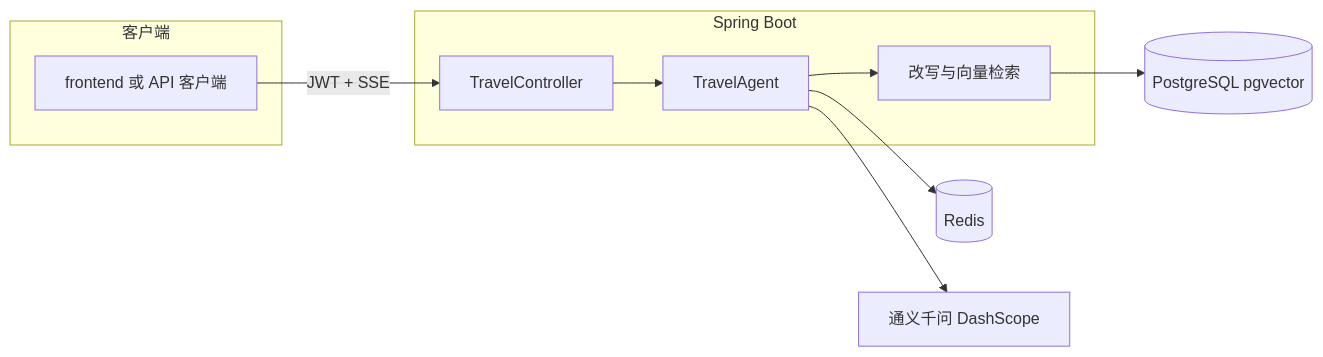
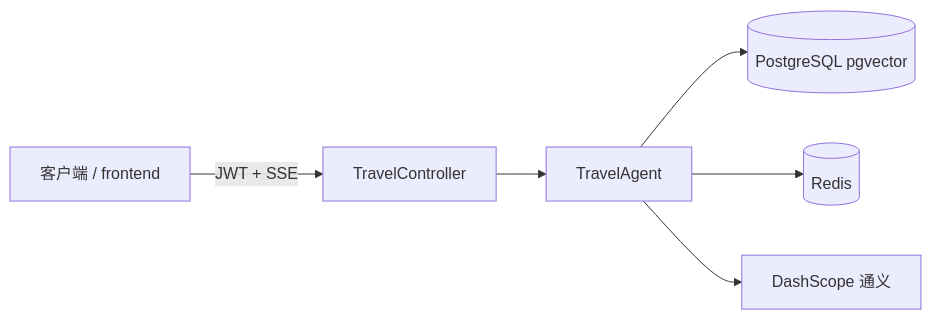
The diagram in README.md (vulgar26/travel-ai), drawn with Mermaid before and after one commit. The commit also changed other lines of this file, not shown here.

````diff
--- a/README.md
+++ b/README.md
@@ -22,18 +24,13 @@
 ```mermaid
 flowchart LR
-  subgraph client [客户端]
-    FE[frontend 或 API 客户端]
-  end
-  subgraph spring [Spring Boot]
-    TC[TravelController]
-    TA[TravelAgent]
-    VR[改写与向量检索]
-  end
+  FE[客户端 / frontend]
+  TC[TravelController]
+  TA[TravelAgent]
   PG[(PostgreSQL pgvector)]
   RD[(Redis)]
-  LLM[通义千问 DashScope]
+  LLM[DashScope 通义]
   FE -->|JWT + SSE| TC --> TA
-  TA --> VR --> PG
+  TA --> PG
   TA --> RD
   TA --> LLM
 ```
````
